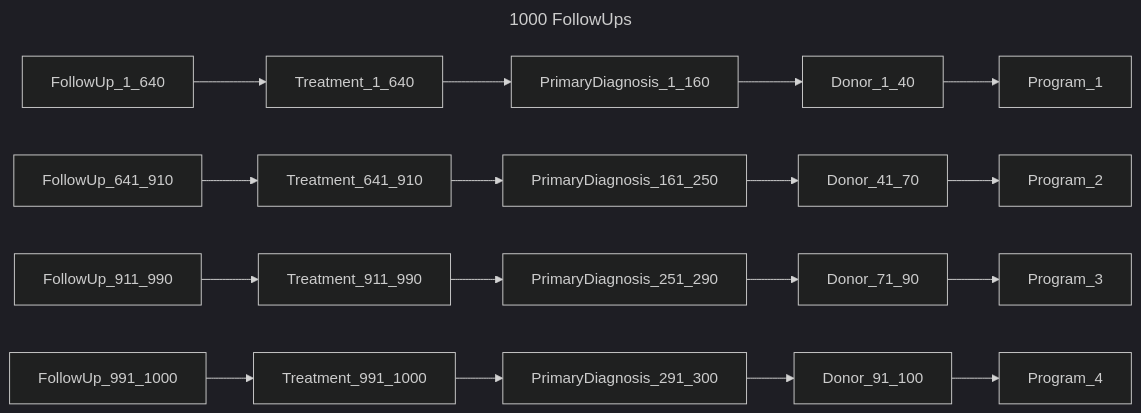
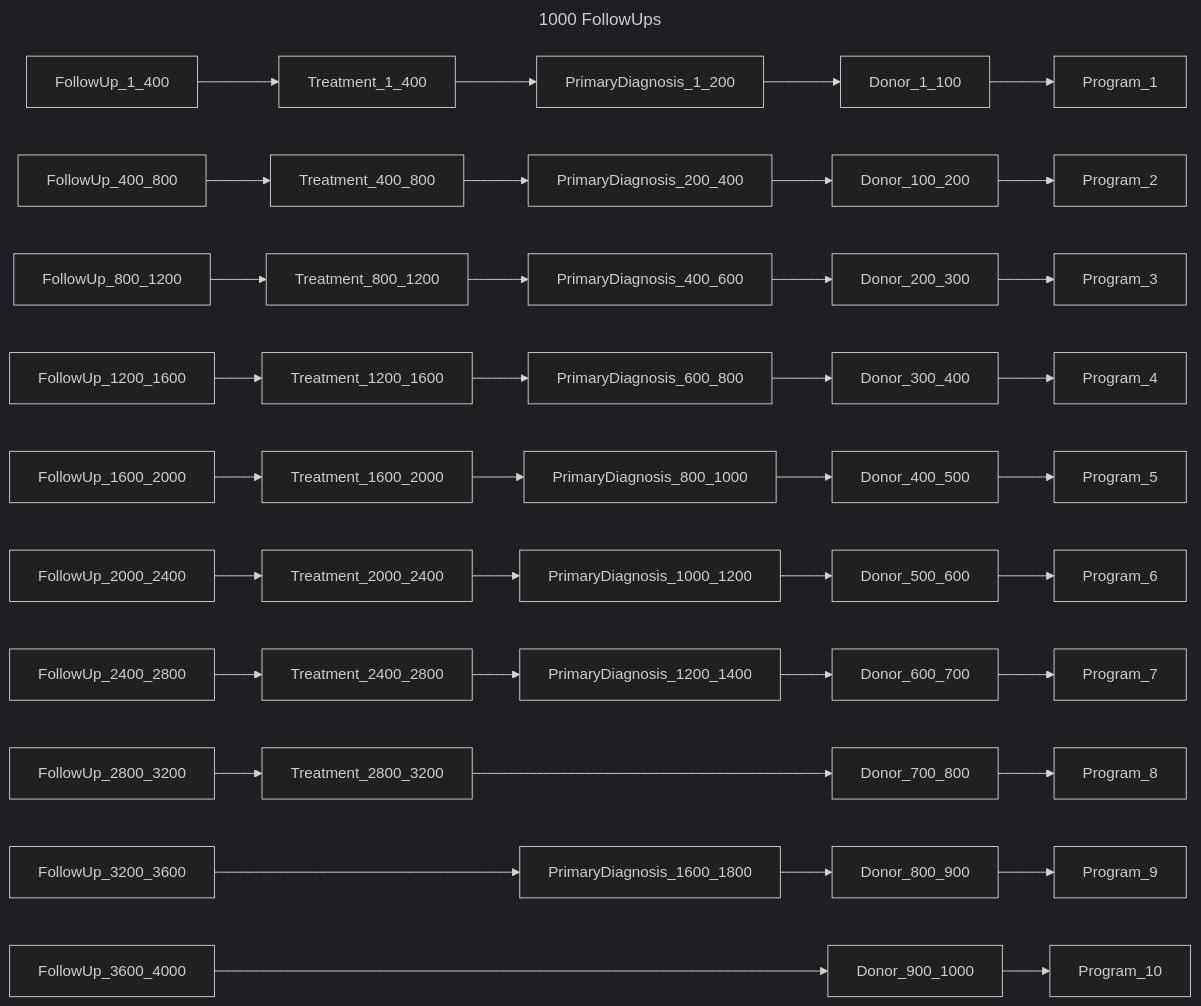
One commit to bento-platform/katsu changed diagram 11 of 13 in chord_metadata_service/mohpackets/data/large_dataset/README.md. Above: the diagram before and after it, drawn with Mermaid (dark theme). The commit also changed other lines of this file, not shown here.

````diff
--- a/chord_metadata_service/mohpackets/data/large_dataset/README.md
+++ b/chord_metadata_service/mohpackets/data/large_dataset/README.md
@@ -158,10 +158,16 @@
 ```mermaid
 ---
 title: 1000 FollowUps
 ---
 graph LR;  
-  FollowUp_1_640 --> Treatment_1_640 --> PrimaryDiagnosis_1_160 --> Donor_1_40 --> Program_1;
-  FollowUp_641_910 --> Treatment_641_910 --> PrimaryDiagnosis_161_250 --> Donor_41_70 --> Program_2; 
-  FollowUp_911_990 --> Treatment_911_990 --> PrimaryDiagnosis_251_290 --> Donor_71_90 --> Program_3;
-  FollowUp_991_1000 --> Treatment_991_1000 --> PrimaryDiagnosis_291_300 --> Donor_91_100 --> Program_4; 
+  FollowUp_1_400 --> Treatment_1_400 --> PrimaryDiagnosis_1_200 --> Donor_1_100 --> Program_1;
+  FollowUp_400_800 --> Treatment_400_800 --> PrimaryDiagnosis_200_400 --> Donor_100_200 --> Program_2;  
+  FollowUp_800_1200 --> Treatment_800_1200 --> PrimaryDiagnosis_400_600 --> Donor_200_300 --> Program_3;  
+  FollowUp_1200_1600 --> Treatment_1200_1600 --> PrimaryDiagnosis_600_800 --> Donor_300_400 --> Program_4;  
+  FollowUp_1600_2000 --> Treatment_1600_2000 --> PrimaryDiagnosis_800_1000 --> Donor_400_500 --> Program_5;  
+  FollowUp_2000_2400 --> Treatment_2000_2400 --> PrimaryDiagnosis_1000_1200 --> Donor_500_600 --> Program_6;  
+  FollowUp_2400_2800 --> Treatment_2400_2800 --> PrimaryDiagnosis_1200_1400 --> Donor_600_700 --> Program_7;  
+  FollowUp_2800_3200 --> Treatment_2800_3200 ---> Donor_700_800 --> Program_8;  
+  FollowUp_3200_3600 ---> PrimaryDiagnosis_1600_1800 --> Donor_800_900 --> Program_9;
+  FollowUp_3600_4000 ----> Donor_900_1000 --> Program_10;  
 ```
````
